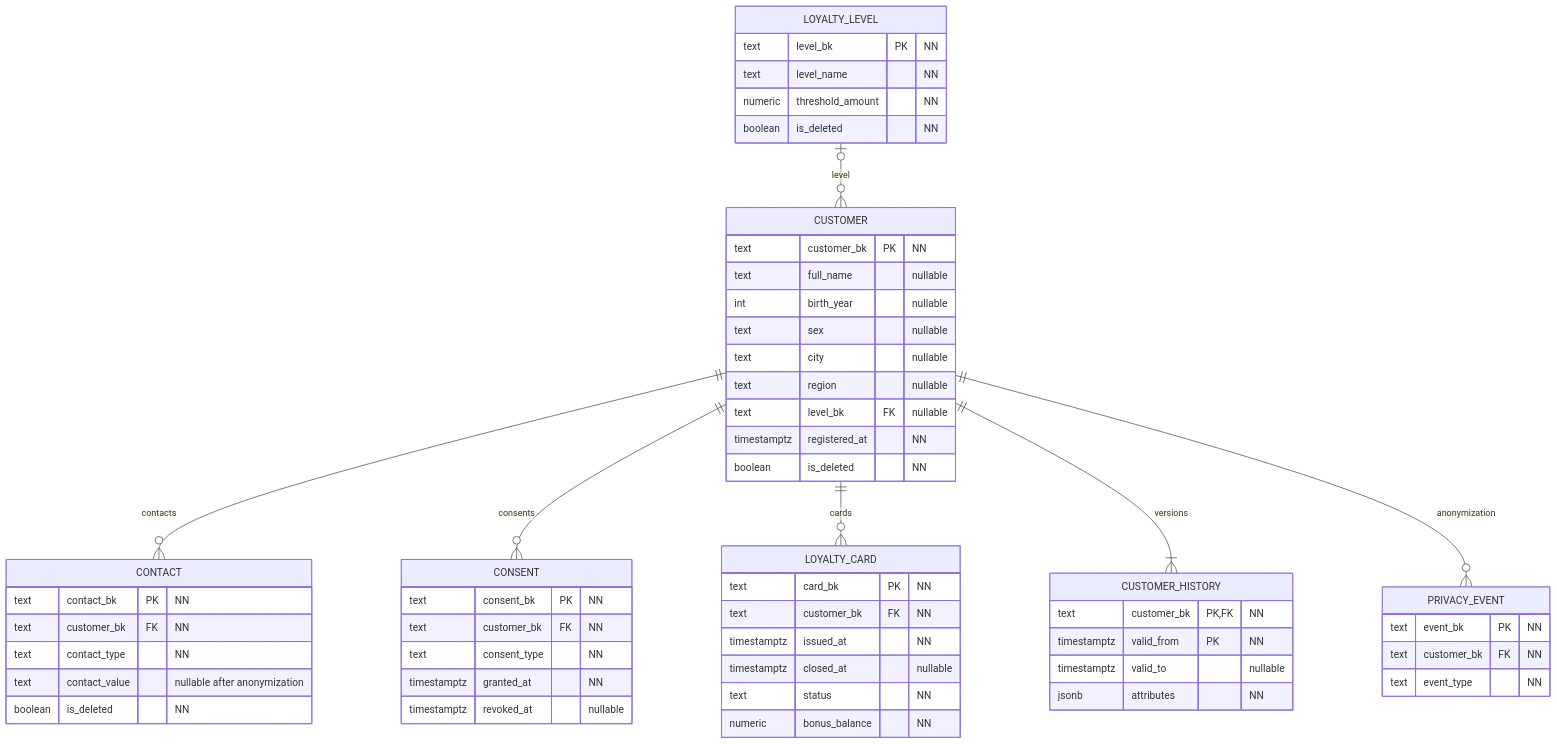
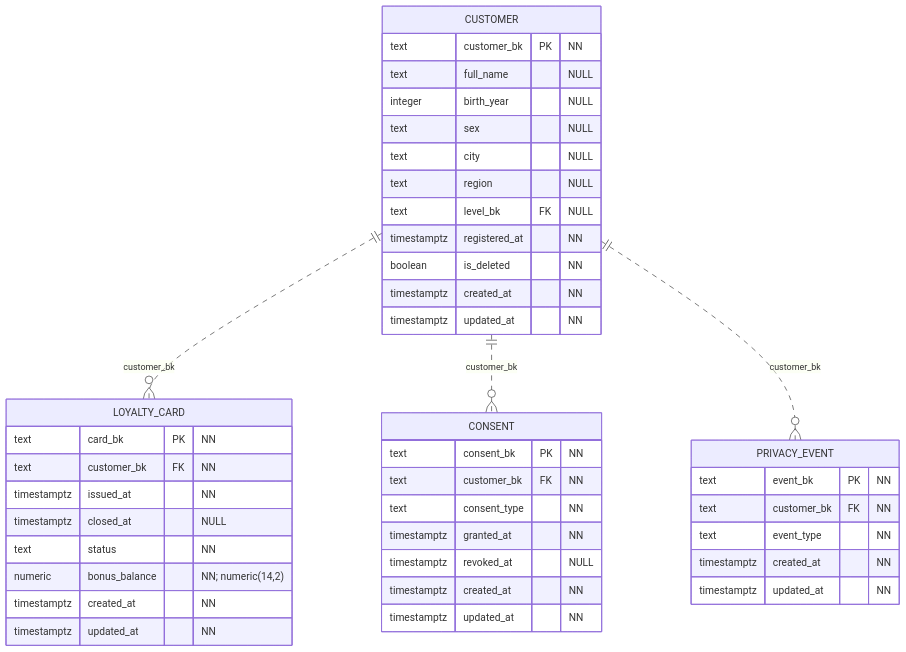
Before and after one commit to alexey077/dwh: the second of 2 diagrams in docs/erd/crm.md, drawn with Mermaid. The commit also changed other lines of this file and 5 other files, not shown here.

Commit message:
Complete physical ER diagrams and correct keys and cardinalities [skip ci]

````diff
--- a/docs/erd/crm.md
+++ b/docs/erd/crm.md
@@ -5,59 +63,46 @@
 ```mermaid
 erDiagram
-    CUSTOMER ||--o{ CONTACT : contacts
-    CUSTOMER ||--o{ CONSENT : consents
-    CUSTOMER ||--o{ LOYALTY_CARD : cards
-    CUSTOMER ||--|{ CUSTOMER_HISTORY : versions
-    LOYALTY_LEVEL o|--o{ CUSTOMER : level
-    CUSTOMER ||--o{ PRIVACY_EVENT : anonymization
+    direction TB
+    CUSTOMER ||..o{ LOYALTY_CARD : "customer_bk"
+    CUSTOMER ||..o{ CONSENT : "customer_bk"
+    CUSTOMER ||..o{ PRIVACY_EVENT : "customer_bk"
     CUSTOMER {
         text customer_bk PK "NN"
-        text full_name "nullable"
-        int birth_year "nullable"
-        text sex "nullable"
-        text city "nullable"
-        text region "nullable"
-        text level_bk FK "nullable"
+        text full_name "NULL"
+        integer birth_year "NULL"
+        text sex "NULL"
+        text city "NULL"
+        text region "NULL"
+        text level_bk FK "NULL"
         timestamptz registered_at "NN"
         boolean is_deleted "NN"
+        timestamptz created_at "NN"
+        timestamptz updated_at "NN"
     }
-    CONTACT {
-        text contact_bk PK "NN"
+    LOYALTY_CARD {
+        text card_bk PK "NN"
         text customer_bk FK "NN"
-        text contact_type "NN"
-        text contact_value "nullable after anonymization"
-        boolean is_deleted "NN"
+        timestamptz issued_at "NN"
+        timestamptz closed_at "NULL"
+        text status "NN"
+        numeric bonus_balance "NN; numeric(14,2)"
+        timestamptz created_at "NN"
+        timestamptz updated_at "NN"
     }
     CONSENT {
         text consent_bk PK "NN"
         text customer_bk FK "NN"
         text consent_type "NN"
         timestamptz granted_at "NN"
-        timestamptz revoked_at "nullable"
-    }
-    LOYALTY_CARD {
-        text card_bk PK "NN"
-        text customer_bk FK "NN"
-        timestamptz issued_at "NN"
-        timestamptz closed_at "nullable"
-        text status "NN"
-        numeric bonus_balance "NN"
-    }
-    CUSTOMER_HISTORY {
-        text customer_bk PK,FK "NN"
-        timestamptz valid_from PK "NN"
-        timestamptz valid_to "nullable"
-        jsonb attributes "NN"
-    }
-    LOYALTY_LEVEL {
-        text level_bk PK "NN"
-        text level_name "NN"
-        numeric threshold_amount "NN"
-        boolean is_deleted "NN"
+        timestamptz revoked_at "NULL"
+        timestamptz created_at "NN"
+        timestamptz updated_at "NN"
     }
     PRIVACY_EVENT {
         text event_bk PK "NN"
         text customer_bk FK "NN"
         text event_type "NN"
+        timestamptz created_at "NN"
+        timestamptz updated_at "NN"
     }
 ```
````
